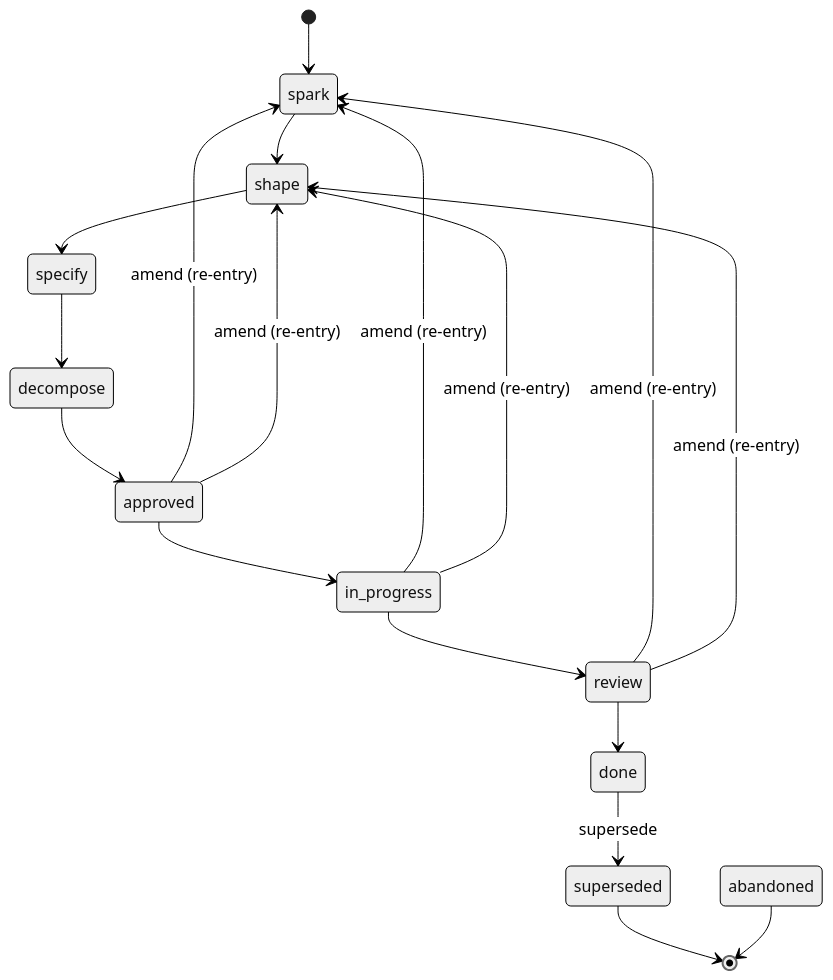
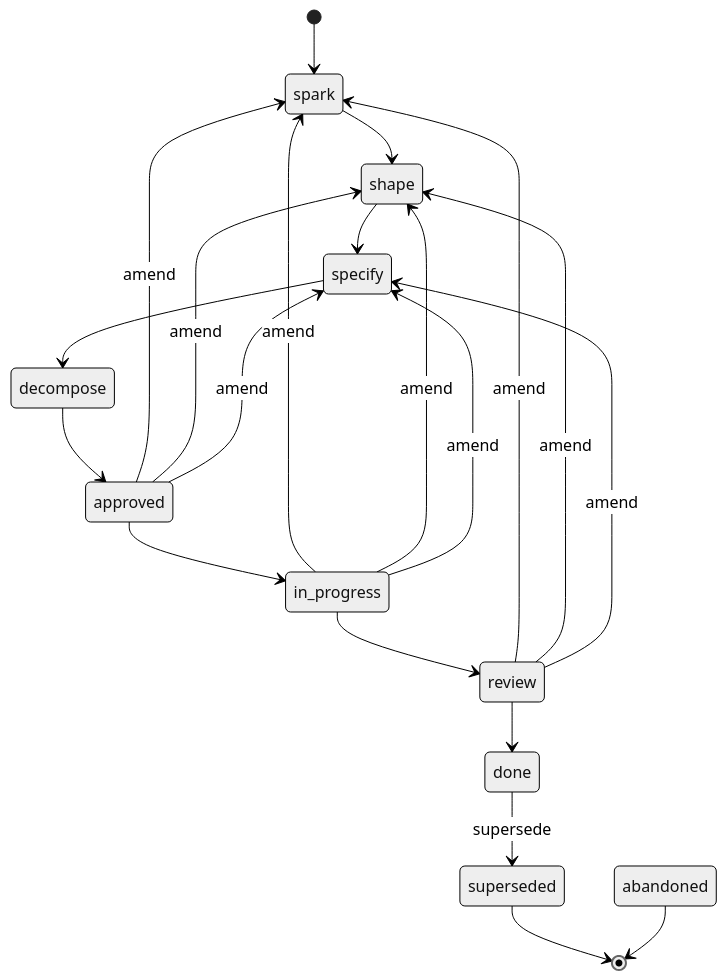
One commit to specgraph/specgraph changed the diagram in site/docs/concepts/authoring.md. Above: the diagram before and after it, drawn with Mermaid (neutral theme). The commit also changed other lines of this file and 15 other files, not shown here.

````diff
--- a/site/docs/concepts/authoring.md
+++ b/site/docs/concepts/authoring.md
@@ -200,25 +200,28 @@
 ```mermaid
 stateDiagram-v2
     [*] --> spark
     spark --> shape
     shape --> specify
     specify --> decompose
     decompose --> approved
     approved --> in_progress
     in_progress --> review
     review --> done
 
-    approved --> spark : amend (re-entry)
-    approved --> shape : amend (re-entry)
-    in_progress --> spark : amend (re-entry)
-    in_progress --> shape : amend (re-entry)
-    review --> spark : amend (re-entry)
-    review --> shape : amend (re-entry)
+    approved --> spark : amend
+    approved --> shape : amend
+    approved --> specify : amend
+    in_progress --> spark : amend
+    in_progress --> shape : amend
+    in_progress --> specify : amend
+    review --> spark : amend
+    review --> shape : amend
+    review --> specify : amend
 
     done --> superseded : supersede
 
     state superseded
     state abandoned
     superseded --> [*]
     abandoned --> [*]
 ```
````
